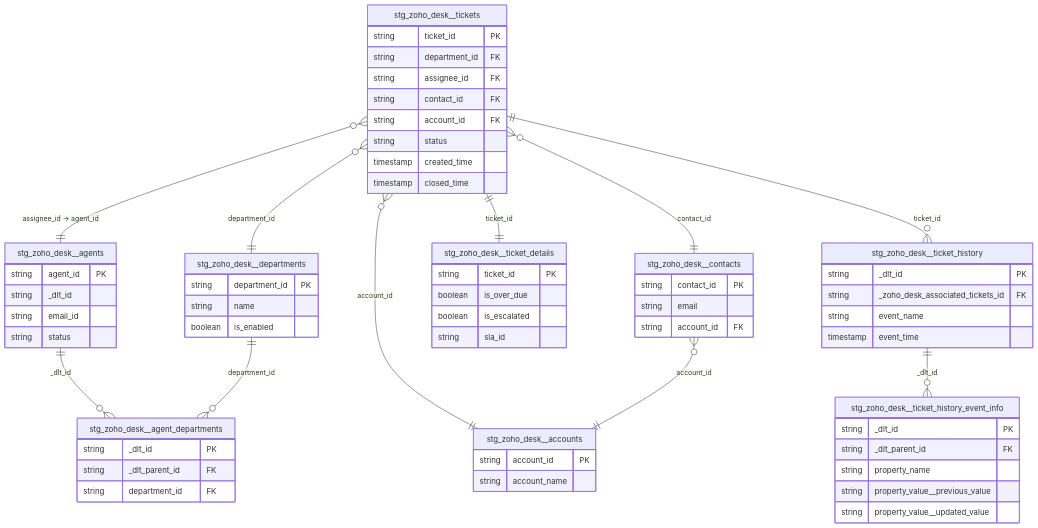
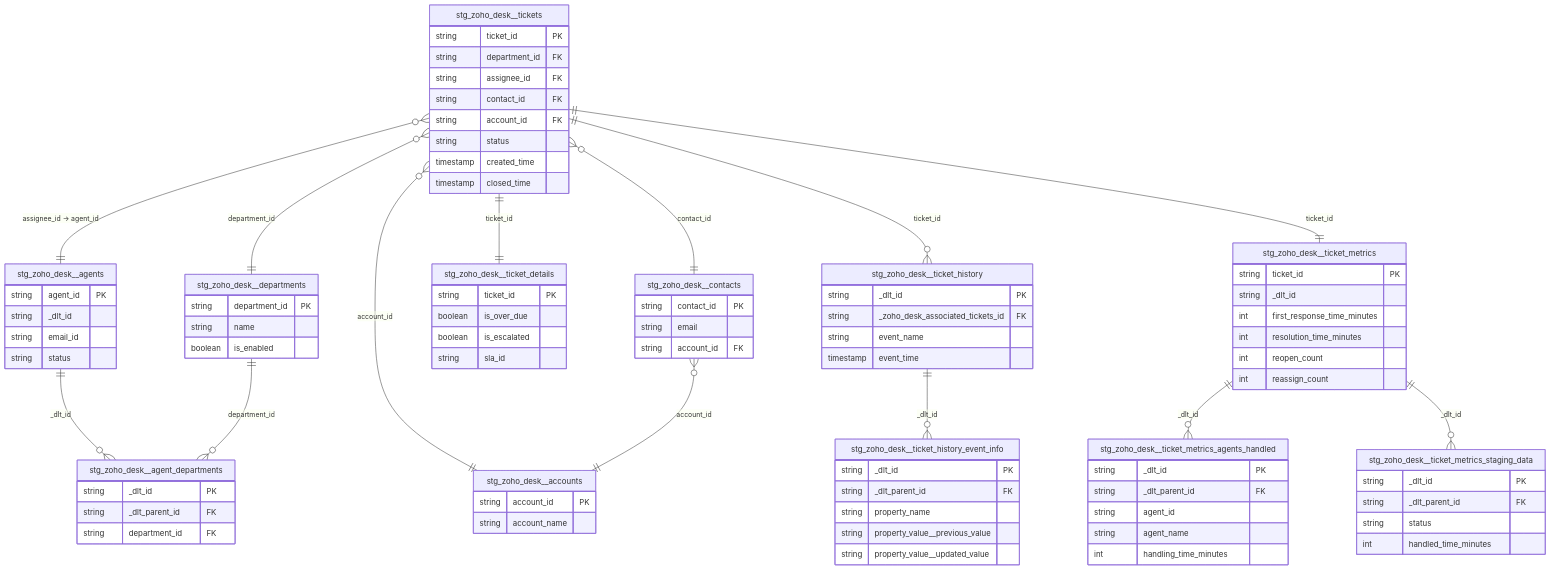
The diagram in docs/architecture/zoho_desk.md (CebrailEVS/dbt_transform), drawn with Mermaid before and after one commit. The commit also changed other lines of this file and 5 other files, not shown here.

First line of the commit message:
feat(staging): add zoho_desk ticket_metrics staging models

```diff
--- a/docs/architecture/zoho_desk.md
+++ b/docs/architecture/zoho_desk.md
@@ -109,6 +109,30 @@
         string property_value__updated_value
     }
 
+    stg_zoho_desk__ticket_metrics {
+        string ticket_id PK
+        string _dlt_id
+        int first_response_time_minutes
+        int resolution_time_minutes
+        int reopen_count
+        int reassign_count
+    }
+
+    stg_zoho_desk__ticket_metrics_agents_handled {
+        string _dlt_id PK
+        string _dlt_parent_id FK
+        string agent_id
+        string agent_name
+        int handling_time_minutes
+    }
+
+    stg_zoho_desk__ticket_metrics_staging_data {
+        string _dlt_id PK
+        string _dlt_parent_id FK
+        string status
+        int handled_time_minutes
+    }
+
     %% Dimensions → Tickets
     stg_zoho_desk__tickets }o--|| stg_zoho_desk__departments : "department_id"
     stg_zoho_desk__tickets }o--|| stg_zoho_desk__agents : "assignee_id → agent_id"
@@ -127,6 +151,13 @@
     %% Historique → détail événement 1:N
     stg_zoho_desk__ticket_history ||--o{ stg_zoho_desk__ticket_history_event_info : "_dlt_id"
 
+    %% Tickets → métriques 1:1
+    stg_zoho_desk__tickets ||--|| stg_zoho_desk__ticket_metrics : "ticket_id"
+
+    %% Métriques → sous-tables 1:N
+    stg_zoho_desk__ticket_metrics ||--o{ stg_zoho_desk__ticket_metrics_agents_handled : "_dlt_id"
+    stg_zoho_desk__ticket_metrics ||--o{ stg_zoho_desk__ticket_metrics_staging_data : "_dlt_id"
+
     %% Agent → départements (bridge)
     stg_zoho_desk__agents ||--o{ stg_zoho_desk__agent_departments : "_dlt_id"
     stg_zoho_desk__departments ||--o{ stg_zoho_desk__agent_departments : "department_id"
```
